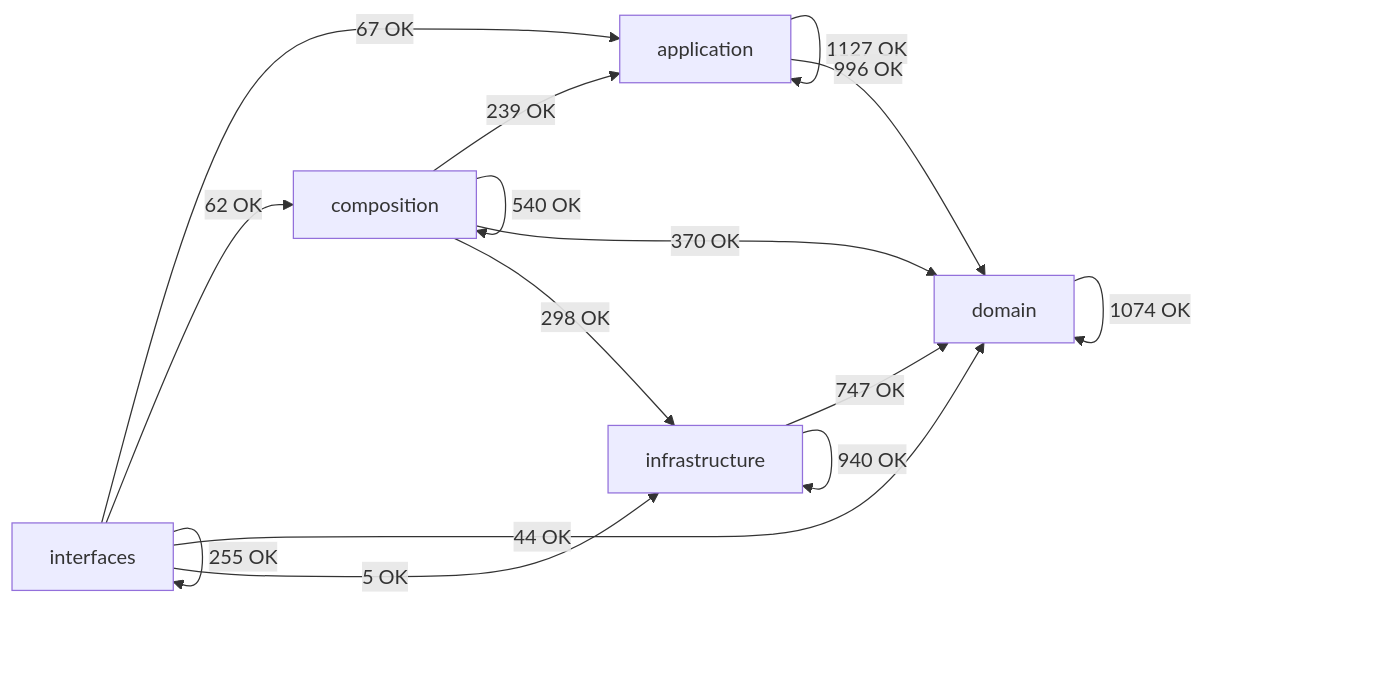
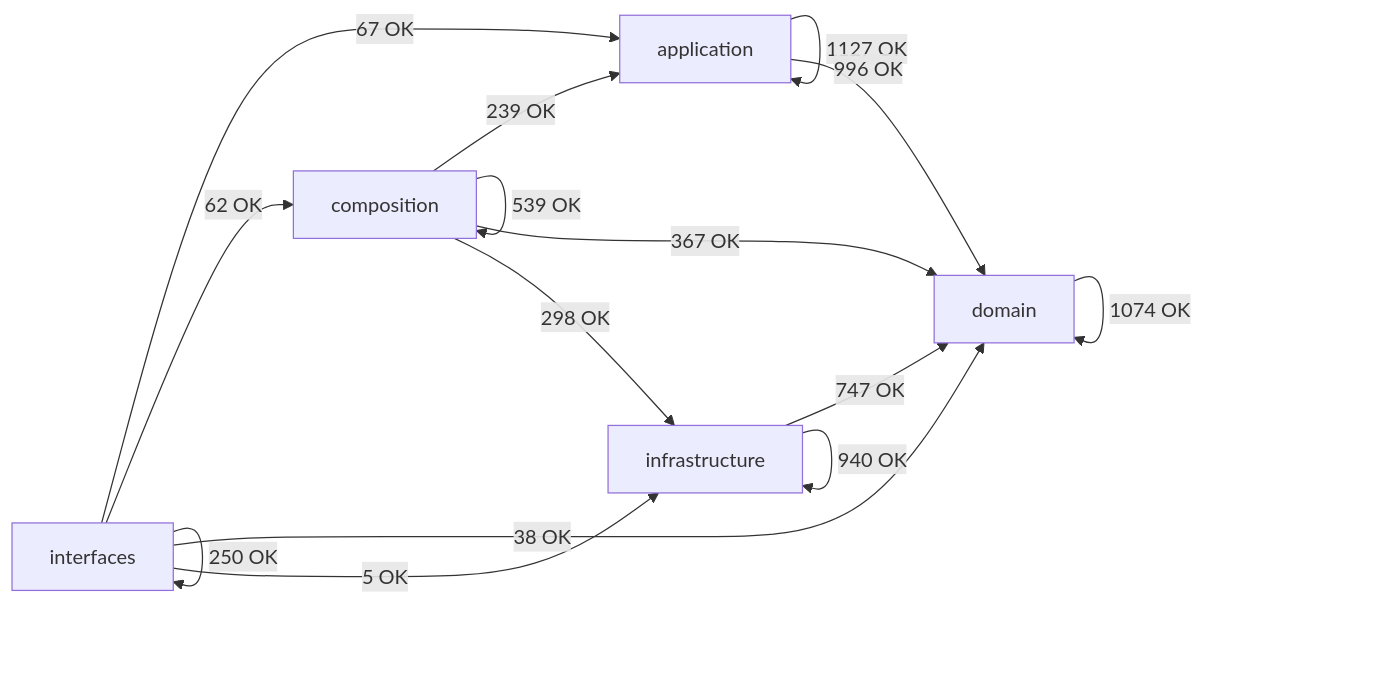
The diagram in docs/02-architecture/generated/module-dependency-map.md (SatoryKono/BioactivityDataAcquisition), drawn with Mermaid before and after one commit. The commit also changed other lines of this file and 19 other files, not shown here.

````diff
--- a/docs/02-architecture/generated/module-dependency-map.md
+++ b/docs/02-architecture/generated/module-dependency-map.md
@@ -17,22 +17,22 @@
 ```mermaid
 flowchart LR
     domain[domain]
     application[application]
     infrastructure[infrastructure]
     composition[composition]
     interfaces[interfaces]
     application -->|1127 OK| application
     application -->|996 OK| domain
     composition -->|239 OK| application
-    composition -->|540 OK| composition
-    composition -->|370 OK| domain
+    composition -->|539 OK| composition
+    composition -->|367 OK| domain
     composition -->|298 OK| infrastructure
     domain -->|1074 OK| domain
     infrastructure -->|747 OK| domain
     infrastructure -->|940 OK| infrastructure
     interfaces -->|67 OK| application
     interfaces -->|62 OK| composition
-    interfaces -->|44 OK| domain
+    interfaces -->|38 OK| domain
     interfaces -->|5 OK| infrastructure
-    interfaces -->|255 OK| interfaces
+    interfaces -->|250 OK| interfaces
 ```
````
